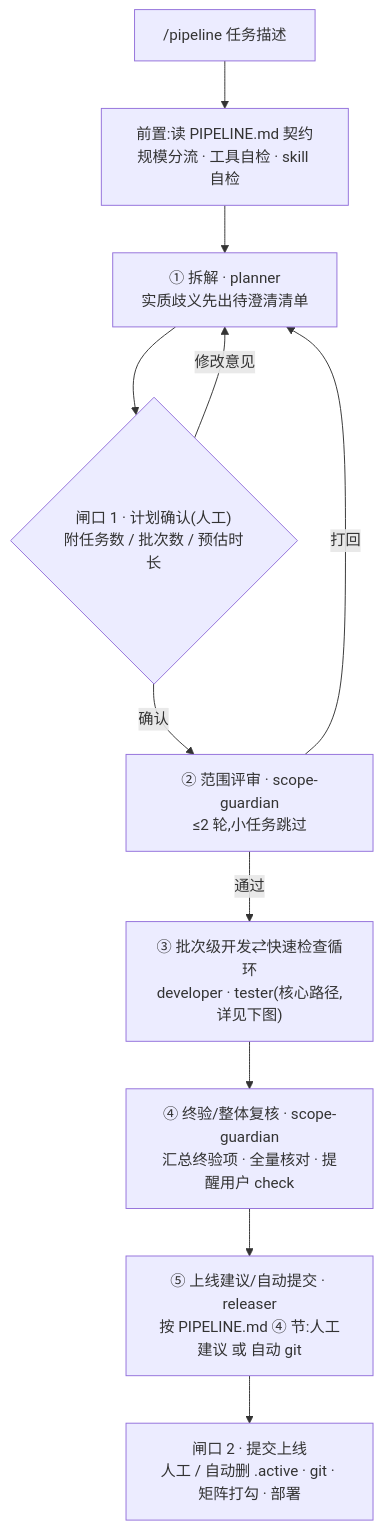
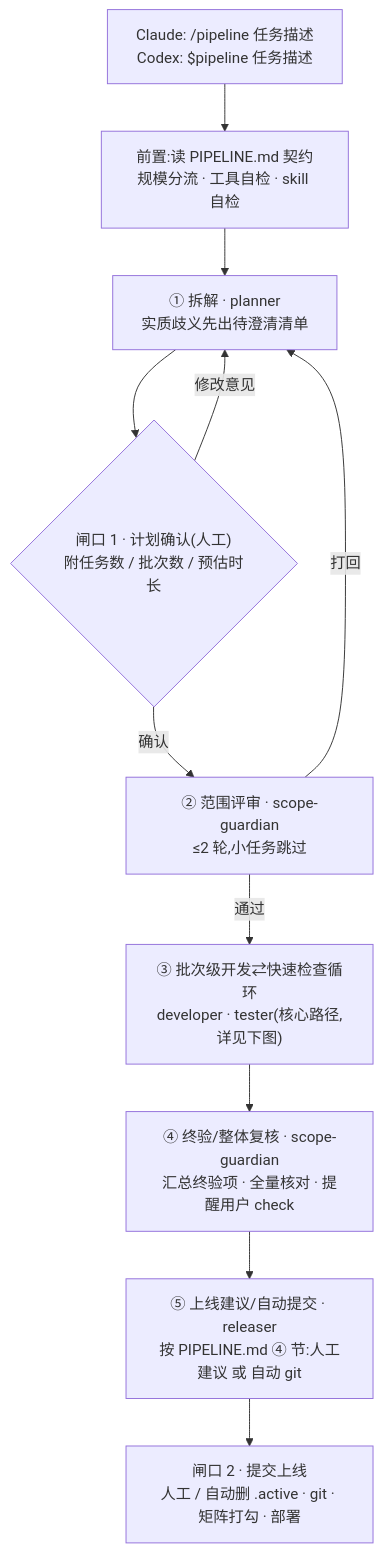
Before and after one commit to wzm111/pipeline-standard: the first of 2 diagrams in README.md, drawn with Mermaid. The commit also changed other lines of this file, not shown here.

````diff
--- a/README.md
+++ b/README.md
@@ -30,13 +36,13 @@
 ```mermaid
 flowchart TD
-    S["/pipeline 任务描述"] --> P["前置:读 PIPELINE.md 契约<br>规模分流 · 工具自检 · skill 自检"]
+    S["Claude: /pipeline 任务描述<br>Codex: $pipeline 任务描述"] --> P["前置:读 PIPELINE.md 契约<br>规模分流 · 工具自检 · skill 自检"]
     P --> B["① 拆解 · planner<br>实质歧义先出待澄清清单"]
     B --> G1{"闸口 1 · 计划确认(人工)<br>附任务数 / 批次数 / 预估时长"}
     G1 -- "修改意见" --> B
     G1 -- "确认" --> A1["② 范围评审 · scope-guardian<br>≤2 轮,小任务跳过"]
     A1 -- "打回" --> B
     A1 -- "通过" --> L["③ 批次级开发⇄快速检查循环<br>developer · tester(核心路径,详见下图)"]
     L --> A2["④ 终验/整体复核 · scope-guardian<br>汇总终验项 · 全量核对 · 提醒用户 check"]
     A2 --> E["⑤ 上线建议/自动提交 · releaser<br>按 PIPELINE.md ④ 节:人工建议 或 自动 git"]
     E --> G2["闸口 2 · 提交上线<br>人工 / 自动删 .active · git · 矩阵打勾 · 部署"]
 ```
````
